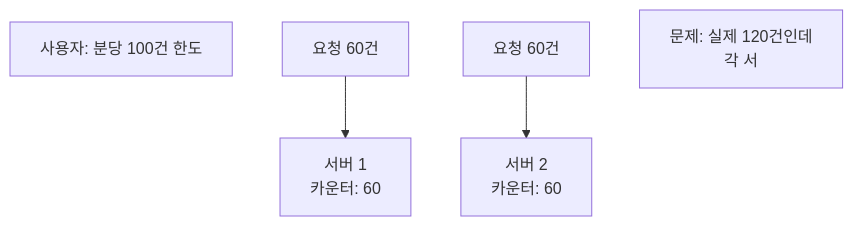
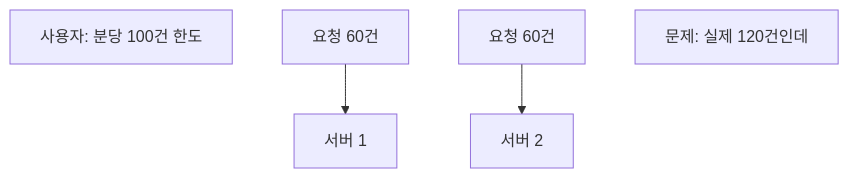
Before and after one commit to yjkim2015/yjkim2015.github.io: the third of 7 diagrams in _posts/systemdesign/2026-05-02-system-design-rate-limiter.md, drawn with Mermaid. The commit also changed other lines of this file and 217 other files, not shown here.

First line of the commit message:
Mermaid 크기 수정: useMaxWidth:true + SVG max-width:100% + 라벨 축소

````diff
--- a/_posts/systemdesign/2026-05-02-system-design-rate-limiter.md
+++ b/_posts/systemdesign/2026-05-02-system-design-rate-limiter.md
@@ -142,7 +142,7 @@
 ```mermaid
 graph TD
     User["사용자: 분당 100건 한도"]
-    Req1["요청 60건"] --> S1["서버 1\n카운터: 60"]
-    Req2["요청 60건"] --> S2["서버 2\n카운터: 60"]
-    Problem["문제: 실제 120건인데\n각 서"]
+    Req1["요청 60건"] --> S1["서버 1"]
+    Req2["요청 60건"] --> S2["서버 2"]
+    Problem["문제: 실제 120건인데"]
 ```
````
